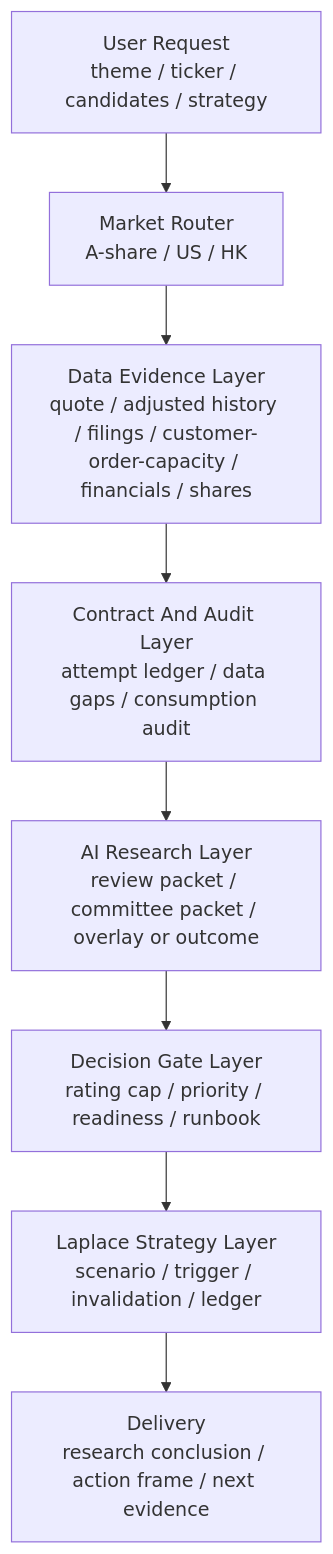
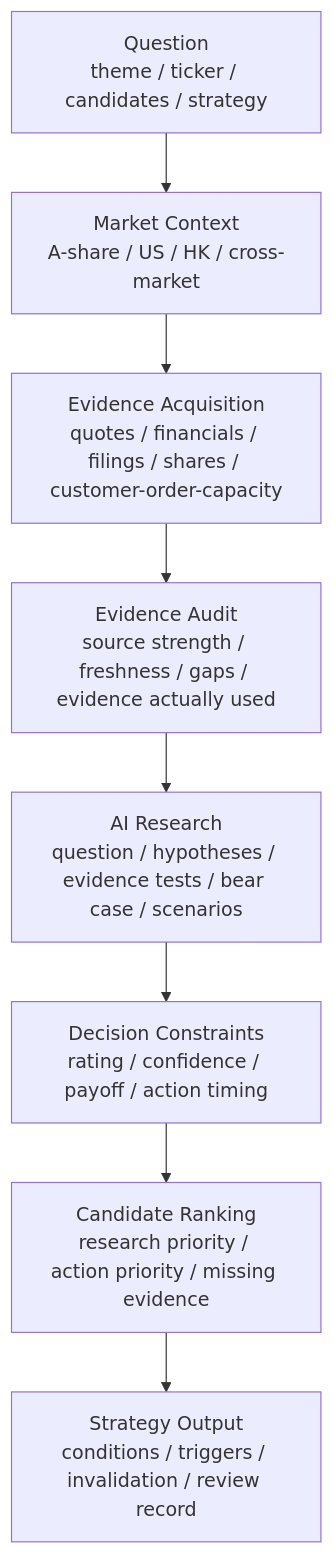
Before and after one commit to lucisxu6-cpu/serenity-chan: the second of 2 diagrams in README.md, drawn with Mermaid. The commit also changed other lines of this file and 29 other files, not shown here.

Commit message:
Harden AI research architecture and contracts

````diff
--- a/README.md
+++ b/README.md
@@ -395,10 +168,10 @@
 ```mermaid
 flowchart TB
-  A["User Request<br/>theme / ticker / candidates / strategy"] --> B["Market Router<br/>A-share / US / HK"]
-  B --> C["Data Evidence Layer<br/>quote / adjusted history / filings / customer-order-capacity / financials / shares"]
-  C --> D["Contract And Audit Layer<br/>attempt ledger / data gaps / consumption audit"]
-  D --> E["AI Research Layer<br/>review packet / committee packet / overlay or outcome"]
-  E --> F["Decision Gate Layer<br/>rating cap / priority / readiness / runbook"]
-  F --> G["Laplace Strategy Layer<br/>scenario / trigger / invalidation / ledger"]
-  G --> H["Delivery<br/>research conclusion / action frame / next evidence"]
+  A["Question<br/>theme / ticker / candidates / strategy"] --> B["Market Context<br/>A-share / US / HK / cross-market"]
+  B --> C["Evidence Acquisition<br/>quotes / financials / filings / shares / customer-order-capacity"]
+  C --> D["Evidence Audit<br/>source strength / freshness / gaps / evidence actually used"]
+  D --> E["AI Research<br/>question / hypotheses / evidence tests / bear case / scenarios"]
+  E --> F["Decision Constraints<br/>rating / confidence / payoff / action timing"]
+  F --> G["Candidate Ranking<br/>research priority / action priority / missing evidence"]
+  G --> H["Strategy Output<br/>conditions / triggers / invalidation / review record"]
 ```
````
